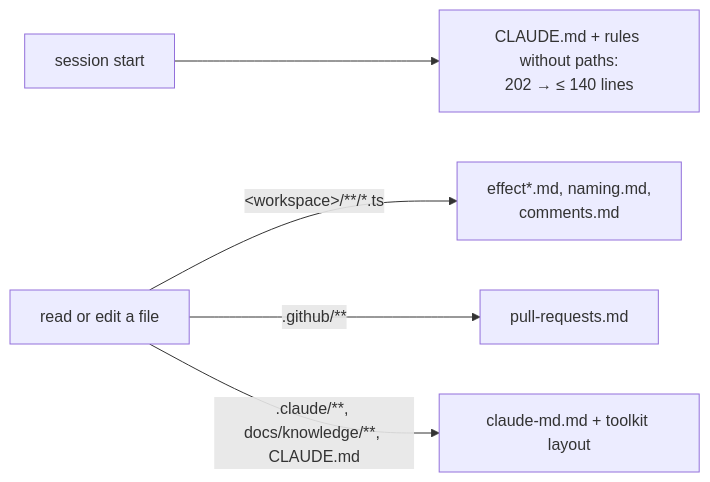
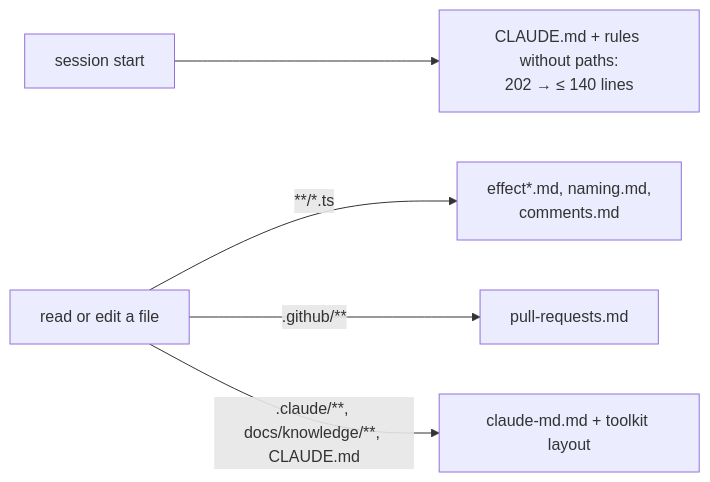
One commit to khotei/app-template changed the diagram in docs/tickets/2026-10-20_claude-toolkit/architecture.md. Above: the diagram before and after it, drawn with Mermaid. The commit also changed other lines of this file and 10 other files, not shown here.

````diff
--- a/docs/tickets/2026-10-20_claude-toolkit/architecture.md
+++ b/docs/tickets/2026-10-20_claude-toolkit/architecture.md
@@ -12,7 +12,7 @@
 ```mermaid
 graph LR
   session[session start] --> always["CLAUDE.md + rules without paths:<br/>202 → ≤ 140 lines"]
-  edit["read or edit a file"] -->|"&lt;workspace&gt;/**/*.ts"| effect["effect*.md, naming.md,<br/>comments.md"]
+  edit["read or edit a file"] -->|"**/*.ts"| effect["effect*.md, naming.md,<br/>comments.md"]
   edit -->|".github/**"| pr["pull-requests.md"]
   edit -->|".claude/**, docs/knowledge/**, CLAUDE.md"| cm["claude-md.md + toolkit layout"]
 ```
````
